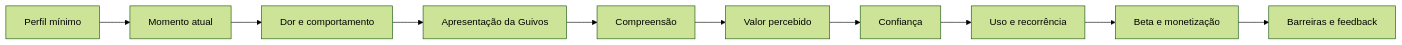
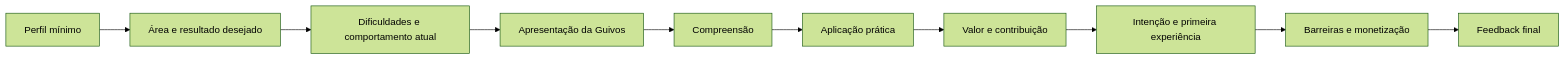
The diagram in docs/research/market-validation/VAL-001-framework-de-validacao-de-mercado.md (guivos-repositorio/Guivos-Knowledge-Repository), drawn with Mermaid (forest theme) before and after one commit. The commit also changed other lines of this file, not shown here.

````diff
--- a/docs/research/market-validation/VAL-001-framework-de-validacao-de-mercado.md
+++ b/docs/research/market-validation/VAL-001-framework-de-validacao-de-mercado.md
@@ -125,4 +135,4 @@
 ```mermaid
 flowchart LR
-    A["Perfil mínimo"] --> B["Momento atual"] --> C["Dor e comportamento"] --> D["Apresentação da Guivos"] --> E["Compreensão"] --> F["Valor percebido"] --> G["Confiança"] --> H["Uso e recorrência"] --> I["Beta e monetização"] --> J["Barreiras e feedback"]
+    A["Perfil mínimo"] --> B["Área e resultado desejado"] --> C["Dificuldades e comportamento atual"] --> D["Apresentação da Guivos"] --> E["Compreensão"] --> F["Aplicação prática"] --> G["Valor e contribuição"] --> H["Intenção e primeira experiência"] --> I["Barreiras e monetização"] --> J["Feedback final"]
 ```
````
